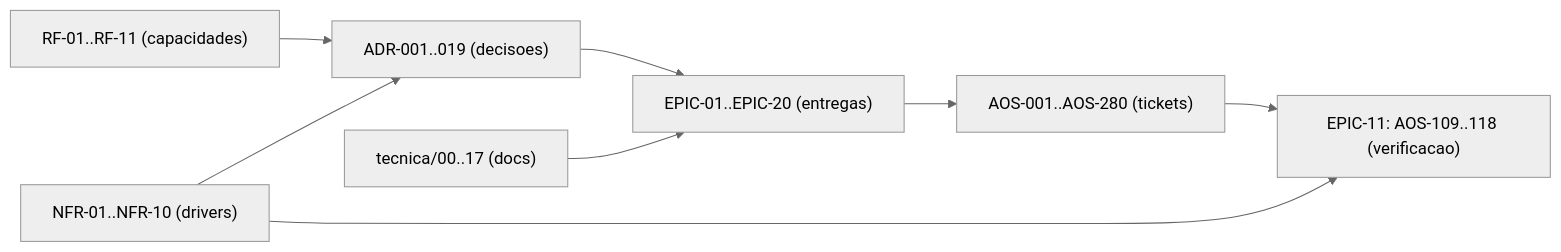
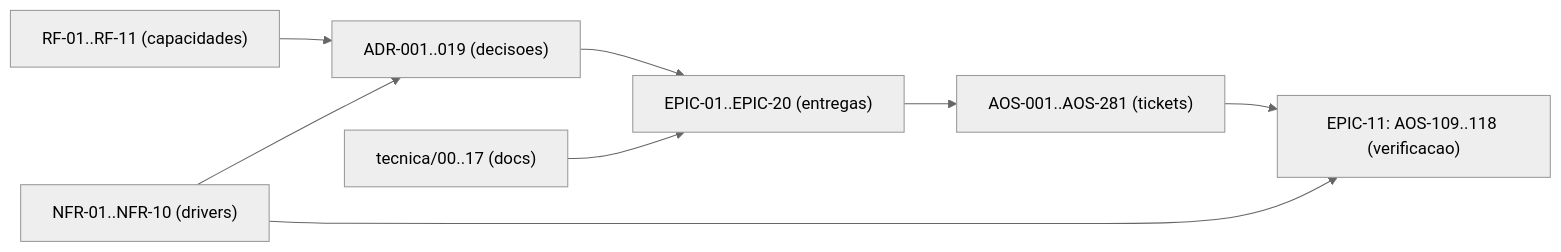
One commit to albinoJimy/aos changed the diagram in tecnica/16_Rastreabilidade_RTM.md. Above: the diagram before and after it, drawn with Mermaid (neutral theme). The commit also changed other lines of this file and 2 other files, not shown here.

First line of the commit message:
docs(epic-10): cria AOS-281 e corrige o eixo dos DEF-272/273, que apontava para um ticket que os proibe

````diff
--- a/tecnica/16_Rastreabilidade_RTM.md
+++ b/tecnica/16_Rastreabilidade_RTM.md
@@ -172,10 +172,10 @@
 ```mermaid
 flowchart LR
     RF["RF-01..RF-11 (capacidades)"] --> ADR["ADR-001..019 (decisoes)"]
     NFR["NFR-01..NFR-10 (drivers)"] --> ADR
     ADR --> EPIC["EPIC-01..EPIC-20 (entregas)"]
-    EPIC --> TICK["AOS-001..AOS-280 (tickets)"]
+    EPIC --> TICK["AOS-001..AOS-281 (tickets)"]
     DOC["tecnica/00..17 (docs)"] --> EPIC
     TICK --> TEST["EPIC-11: AOS-109..118 (verificacao)"]
     NFR --> TEST
 ```
````
